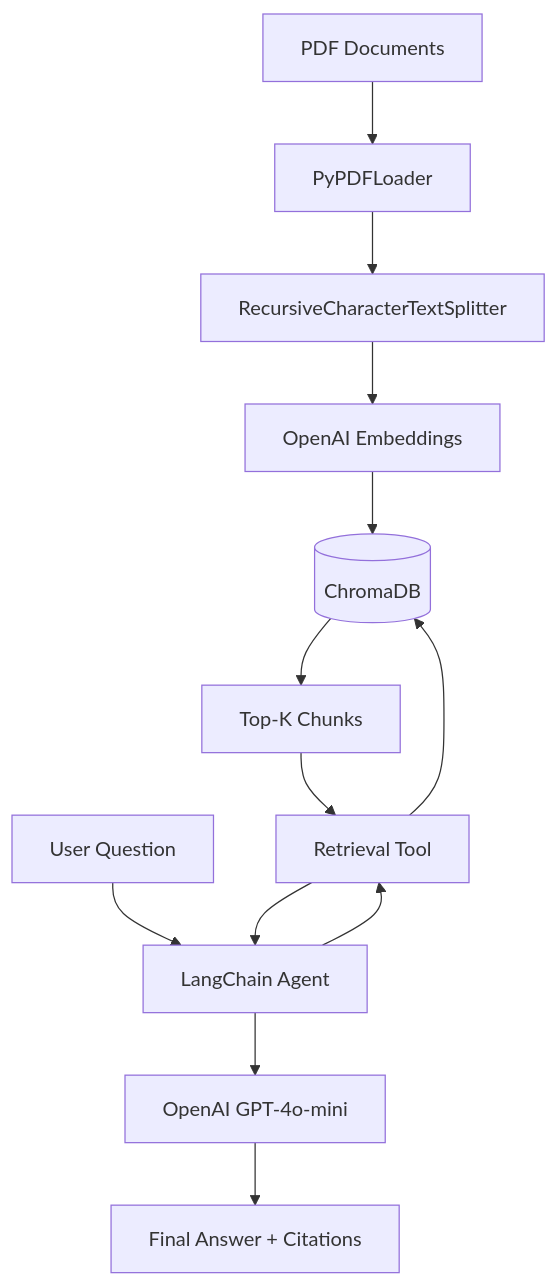
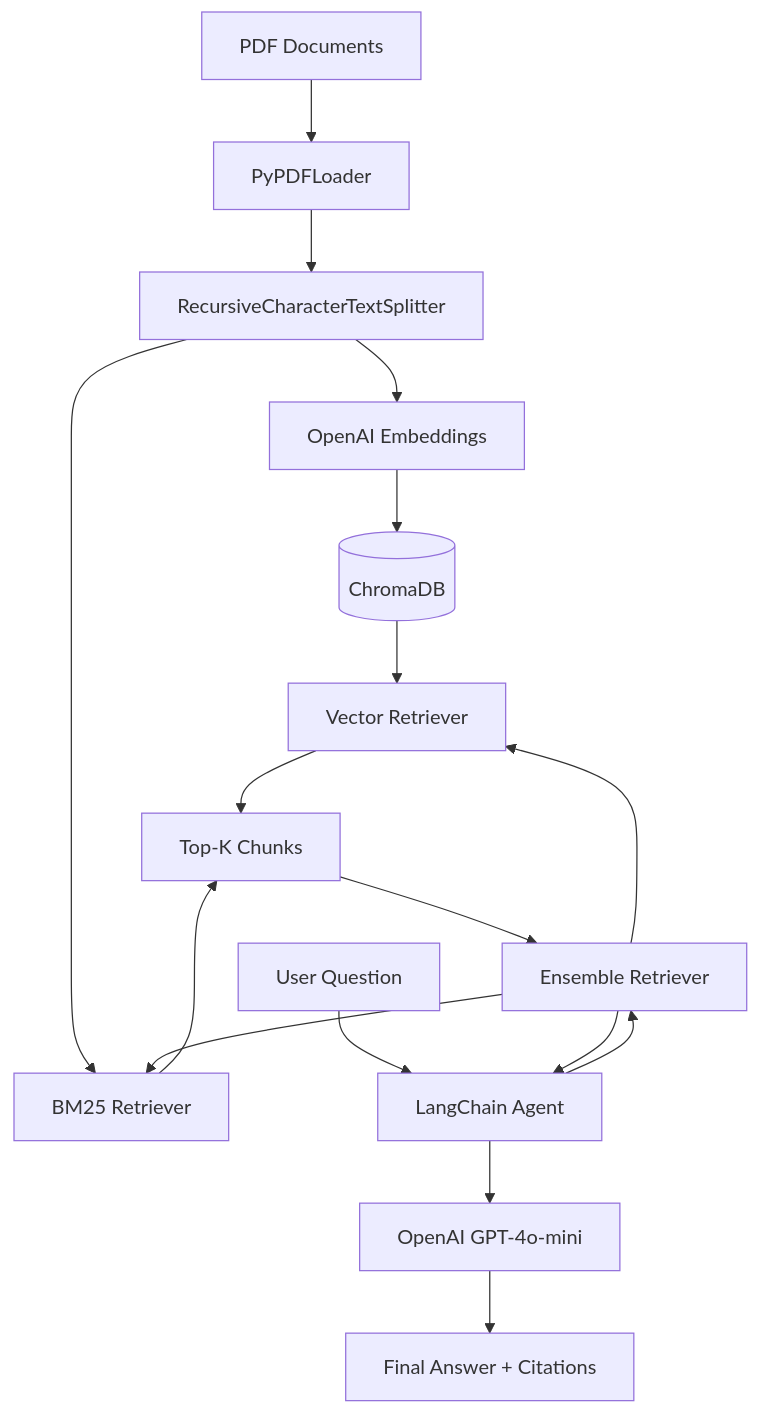
Before and after one commit to vaisakhsrinivas/ai-engineering-bootcamp: the diagram in rag-powered-q&a-system/README.md, drawn with Mermaid. The commit also changed other lines of this file, not shown here.

````diff
--- a/rag-powered-q&a-system/README.md
+++ b/rag-powered-q&a-system/README.md
@@ -11,16 +11,20 @@
 ```mermaid
 flowchart TD
     Docs[PDF Documents] --> Loader[PyPDFLoader]
     Loader --> Chunks[RecursiveCharacterTextSplitter]
     Chunks --> Embedder[OpenAI Embeddings]
+    Chunks --> BM25[BM25 Retriever]
     Embedder --> VectorDB[(ChromaDB)]
+    VectorDB --> VectorRetriever[Vector Retriever]
     
     User[User Question] --> Agent[LangChain Agent]
-    Agent --> Tool[Retrieval Tool]
-    Tool --> VectorDB
-    VectorDB --> Context[Top-K Chunks]
-    Context --> Tool
-    Tool --> Agent
+    Agent --> Retriever[Ensemble Retriever]
+    Retriever --> VectorRetriever
+    Retriever --> BM25
+    VectorRetriever --> Context[Top-K Chunks]
+    BM25 --> Context
+    Context --> Retriever
+    Retriever --> Agent
     Agent --> LLM[OpenAI GPT-4o-mini]
     LLM --> Answer[Final Answer + Citations]
 ```
````
